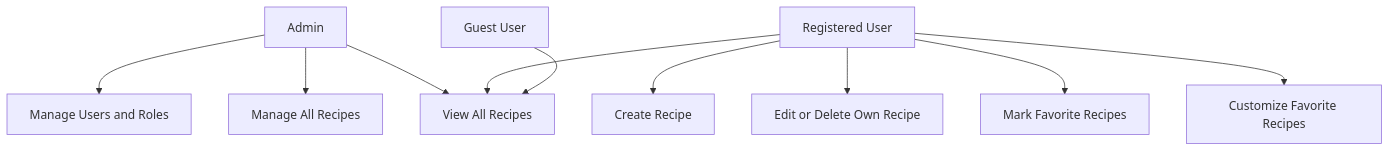
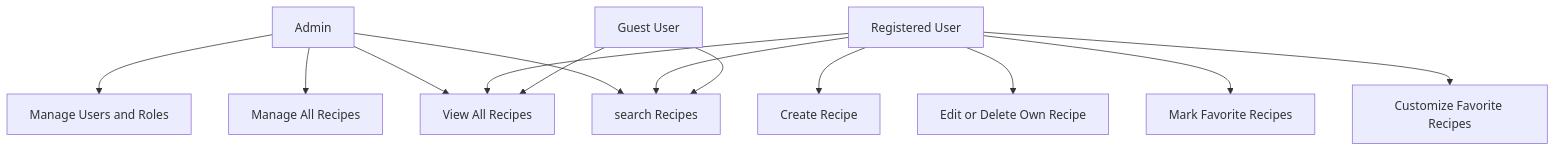
One commit to cia-GKMIT/Functional-Document-FoodRecipeWebApp changed the second of 2 diagrams in docs/functional_doc.md. Above: the diagram before and after it, drawn with Mermaid. The commit also changed other lines of this file and 1 other file, not shown here.

Commit message:
Updated diagrams and schema documentation

````diff
--- a/docs/functional_doc.md
+++ b/docs/functional_doc.md
@@ -188,37 +198,38 @@
 ```mermaid
 
 flowchart TB
     %% Define Roles
     A[Admin]
     B[Registered User]
     C[Guest User]
 
     %% Define Permissions
     P1[Manage Users and Roles]
     P2[Manage All Recipes]
     P3[Create Recipe]
     P4[Edit or Delete Own Recipe]
     P5[Mark Favorite Recipes]
     P6[Customize Favorite Recipes]
     P7[View All Recipes]
+    P8[search Recipes]
     
 
     %% Admin Permissions
     A --> P1
     A --> P2
     A --> P7
+    A --> P8
     
 
     %% Registered User Permissions
     B --> P3
     B --> P4
     B --> P5
     B --> P6
     B --> P7
-    
+    B --> P8
 
     %% Guest User Permissions
     C --> P7
-    
-
+    C --> P8
 ```
````
